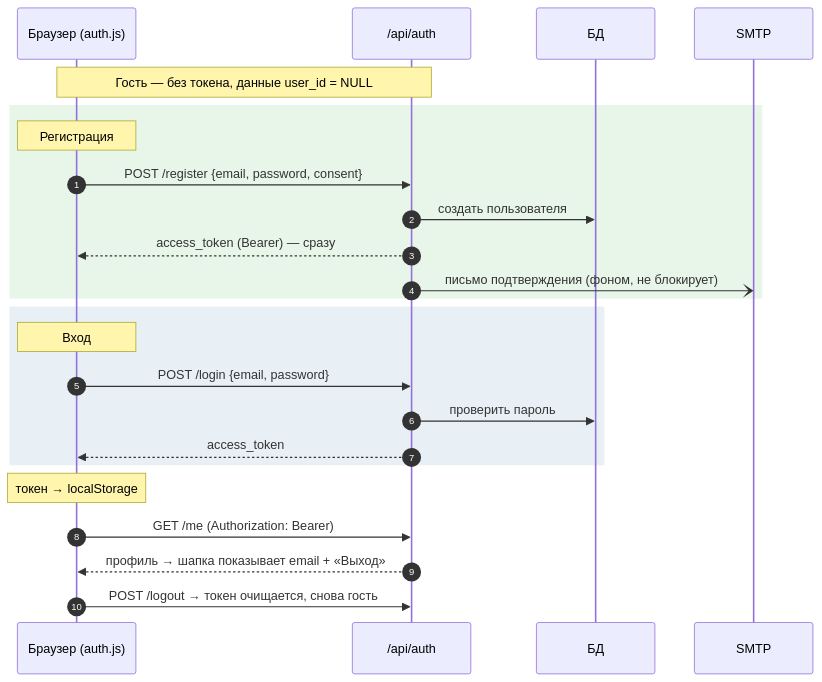
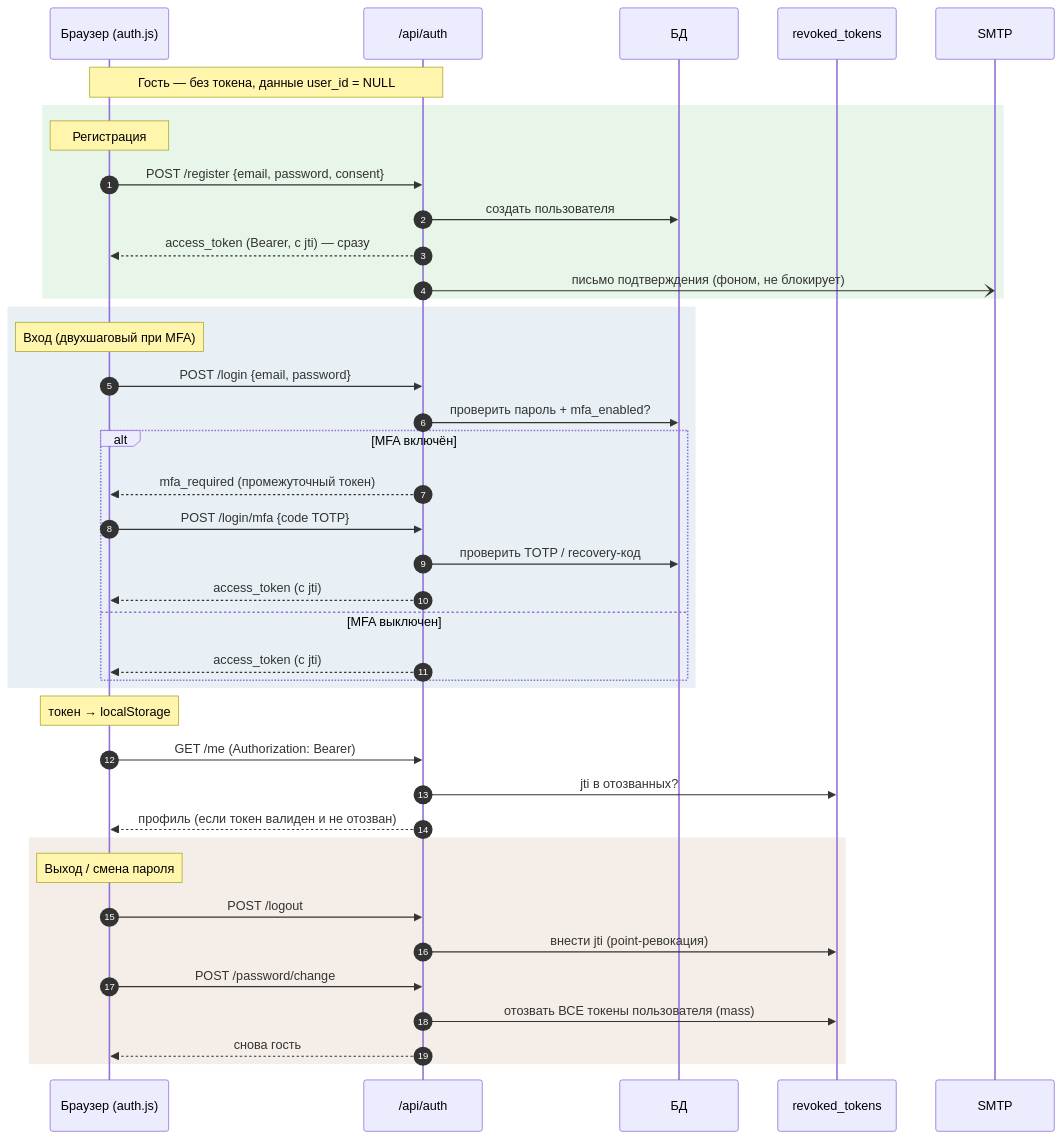
The seventh of 8 diagrams in docs/diagrams.md (vevdokimovm/personal-finance-dss), drawn with Mermaid before and after one commit. The commit also changed other lines of this file and 12 other files, not shown here.

````diff
--- a/docs/diagrams.md
+++ b/docs/diagrams.md
@@ -288,32 +444,48 @@
 ```mermaid
 sequenceDiagram
     autonumber
     participant U as Браузер (auth.js)
     participant API as /api/auth
     participant DB as БД
+    participant Rev as revoked_tokens
     participant Mail as SMTP
 
     Note over U,API: Гость — без токена, данные user_id = NULL
 
     rect rgb(232, 245, 233)
     Note over U: Регистрация
     U->>API: POST /register {email, password, consent}
     API->>DB: создать пользователя
-    API-->>U: access_token (Bearer) — сразу
+    API-->>U: access_token (Bearer, с jti) — сразу
     API-)Mail: письмо подтверждения (фоном, не блокирует)
     end
 
     rect rgb(232, 240, 245)
-    Note over U: Вход
+    Note over U: Вход (двухшаговый при MFA)
     U->>API: POST /login {email, password}
-    API->>DB: проверить пароль
-    API-->>U: access_token
+    API->>DB: проверить пароль + mfa_enabled?
+    alt MFA включён
+        API-->>U: mfa_required (промежуточный токен)
+        U->>API: POST /login/mfa {code TOTP}
+        API->>DB: проверить TOTP / recovery-код
+        API-->>U: access_token (с jti)
+    else MFA выключен
+        API-->>U: access_token (с jti)
+    end
     end
 
     Note over U: токен → localStorage
 
     U->>API: GET /me (Authorization: Bearer)
-    API-->>U: профиль → шапка показывает email + «Выход»
+    API->>Rev: jti в отозванных?
+    API-->>U: профиль (если токен валиден и не отозван)
 
-    U->>API: POST /logout → токен очищается, снова гость
+    rect rgb(245, 238, 232)
+    Note over U: Выход / смена пароля
+    U->>API: POST /logout
+    API->>Rev: внести jti (point-ревокация)
+    U->>API: POST /password/change
+    API->>Rev: отозвать ВСЕ токены пользователя (mass)
+    API-->>U: снова гость
+    end
 ```
````
